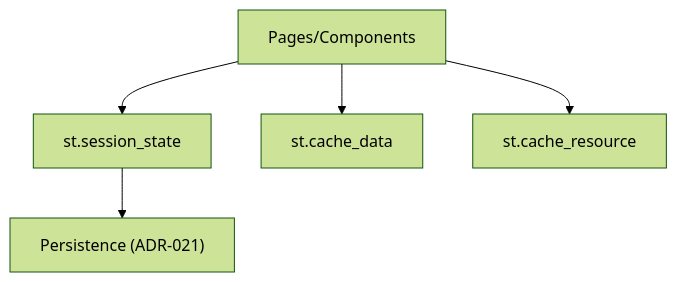
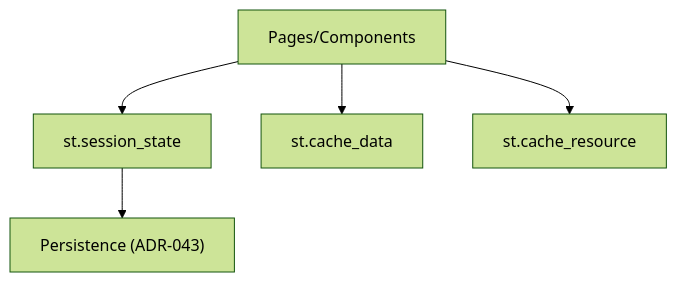
One commit to BjornMelin/docmind-ai-llm changed the diagram in docs/developers/adrs/ADR-016-ui-state-management.md. Above: the diagram before and after it, drawn with Mermaid (forest theme). The commit also changed other lines of this file and 27 other files, not shown here.

````diff
--- a/docs/developers/adrs/ADR-016-ui-state-management.md
+++ b/docs/developers/adrs/ADR-016-ui-state-management.md
@@ -49,7 +49,7 @@
 ```mermaid
 graph TD
   UI["Pages/Components"] --> S["st.session_state"]
   UI --> C1["st.cache_data"]
   UI --> C2["st.cache_resource"]
-  S --> P["Persistence (ADR-021)"]
+  S --> P["Persistence (ADR-043)"]
 ```
````
